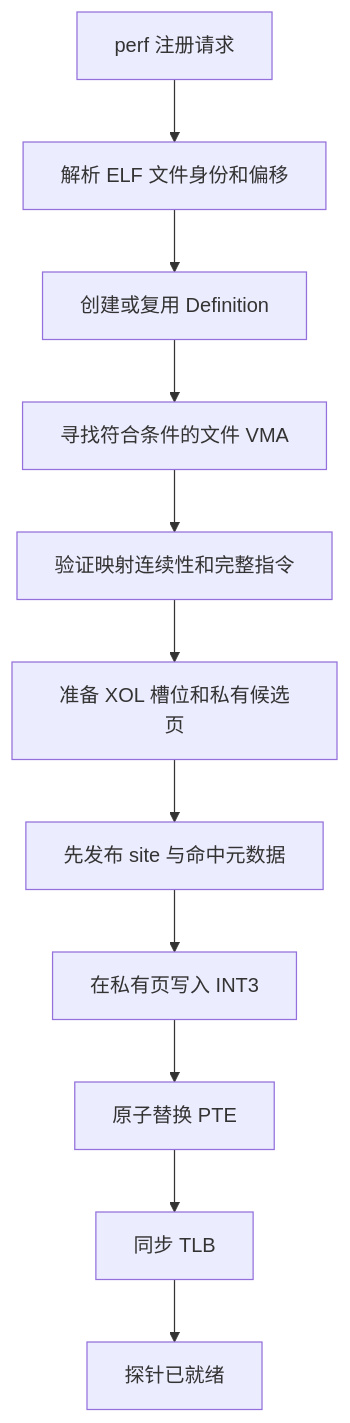
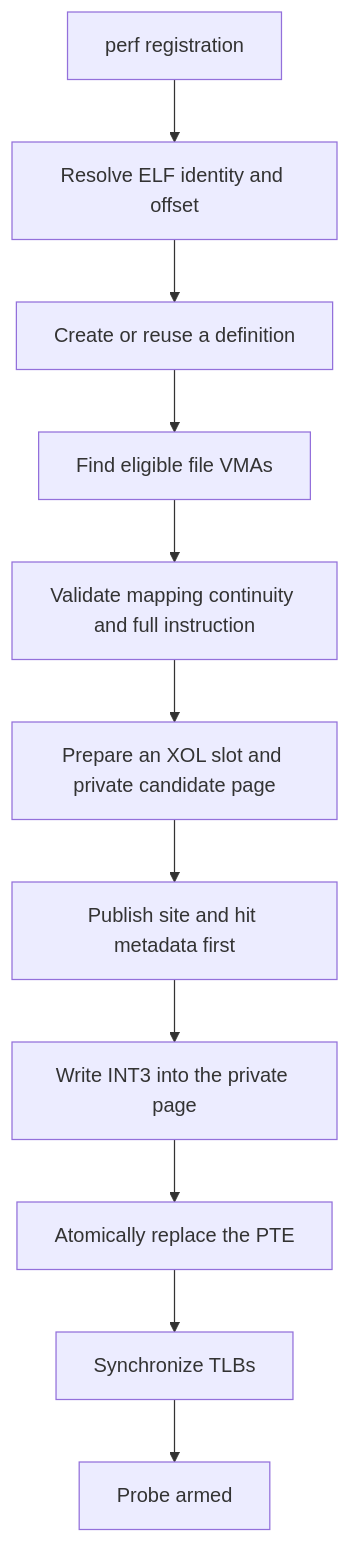
Before and after one commit to DragonOS-Community/DragonOS: the second of 4 diagrams in docs/kernel/trace/uprobe.md, drawn with Mermaid. The commit also changed other lines of this file and 2058 other files, not shown here.

````diff
--- a/docs/kernel/trace/uprobe.md
+++ b/docs/kernel/trace/uprobe.md
@@ -58,13 +60,13 @@
 ```mermaid
 flowchart TD
-    A[perf 注册请求] --> B[解析 ELF 文件身份和偏移]
-    B --> C[创建或复用 Definition]
-    C --> D[寻找符合条件的文件 VMA]
-    D --> E[验证映射连续性和完整指令]
-    E --> F[准备 XOL 槽位和私有候选页]
-    F --> G[先发布 site 与命中元数据]
-    G --> H[在私有页写入 INT3]
-    H --> I[原子替换 PTE]
-    I --> J[同步 TLB]
-    J --> K[探针已就绪]
+    A[perf registration] --> B[Resolve ELF identity and offset]
+    B --> C[Create or reuse a definition]
+    C --> D[Find eligible file VMAs]
+    D --> E[Validate mapping continuity and full instruction]
+    E --> F[Prepare an XOL slot and private candidate page]
+    F --> G[Publish site and hit metadata first]
+    G --> H[Write INT3 into the private page]
+    H --> I[Atomically replace the PTE]
+    I --> J[Synchronize TLBs]
+    J --> K[Probe armed]
 ```
````
